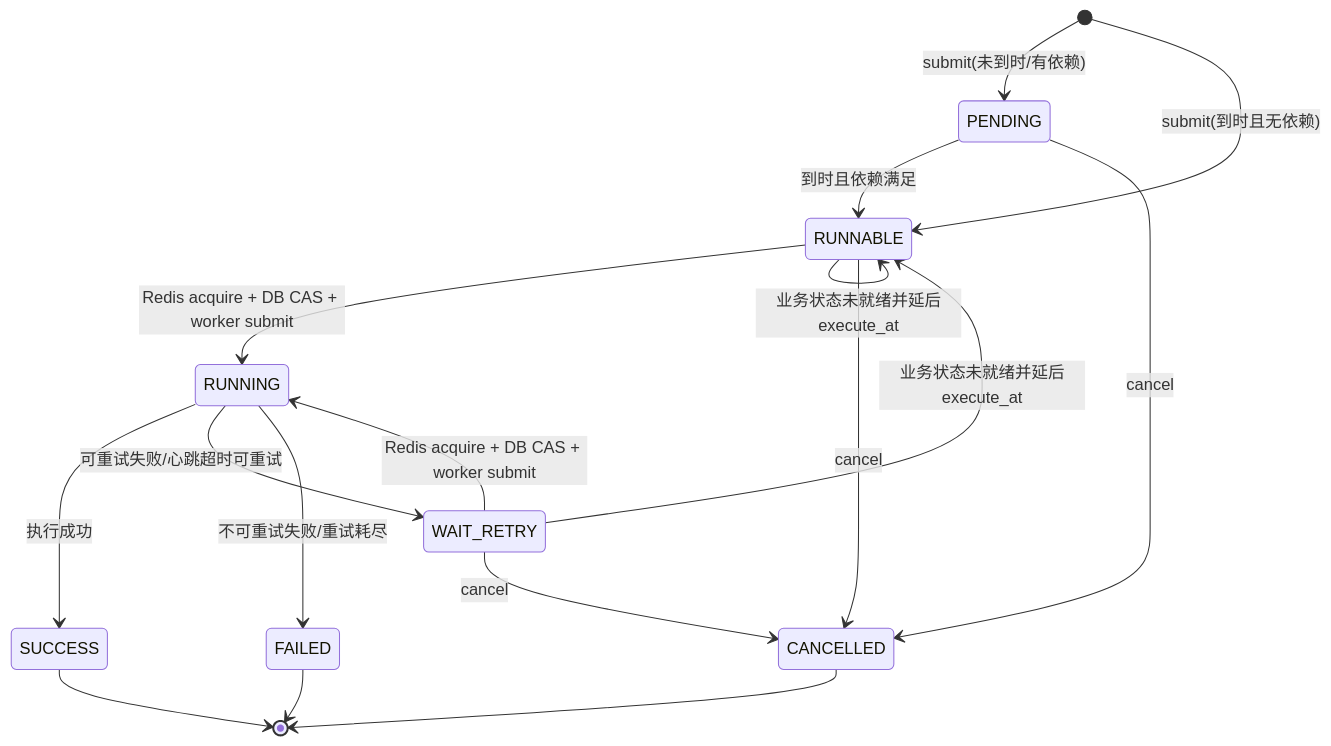
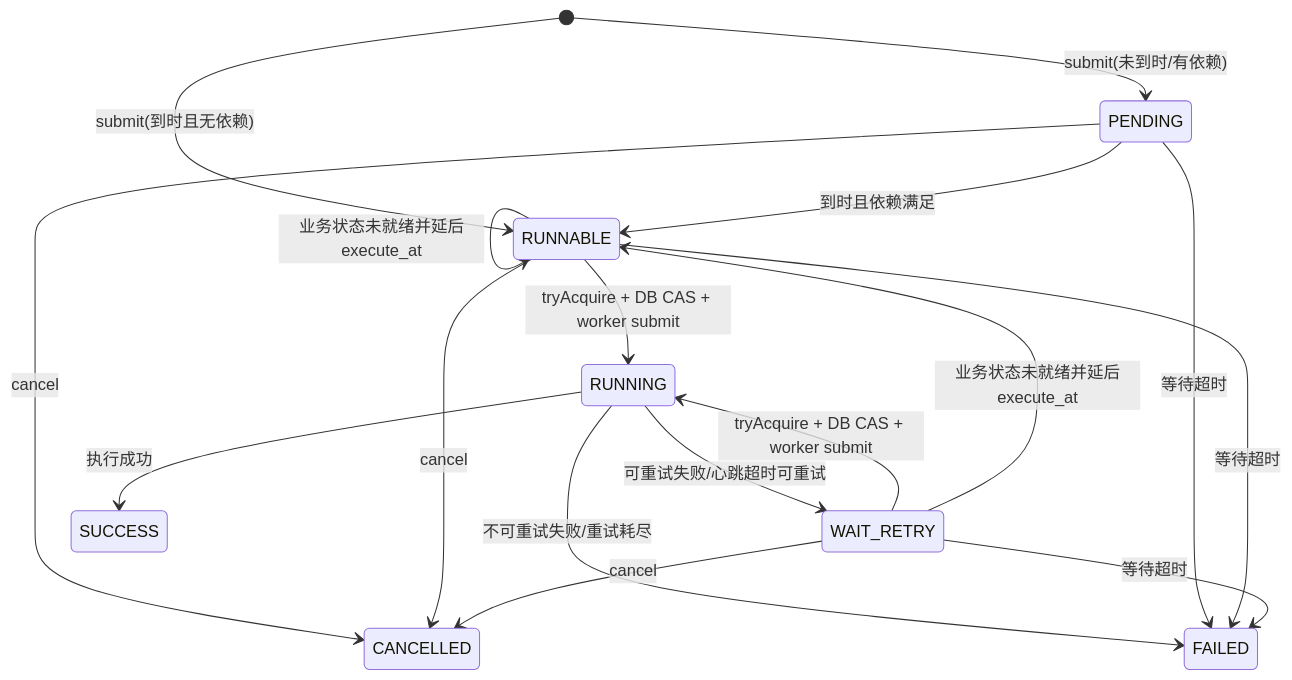
Before and after one commit to shuaidongshuai/user-task-scheduler: the second of 2 diagrams in docs/技术方案设计.md, drawn with Mermaid. The commit also changed other lines of this file and 30 other files, not shown here.

````diff
--- a/docs/技术方案设计.md
+++ b/docs/技术方案设计.md
@@ -142,19 +152,19 @@
 ```mermaid
 stateDiagram-v2
     [*] --> PENDING: submit(未到时/有依赖)
     [*] --> RUNNABLE: submit(到时且无依赖)
     PENDING --> RUNNABLE: 到时且依赖满足
-    RUNNABLE --> RUNNING: Redis acquire + DB CAS + worker submit
-    WAIT_RETRY --> RUNNING: Redis acquire + DB CAS + worker submit
+    RUNNABLE --> RUNNING: tryAcquire + DB CAS + worker submit
+    WAIT_RETRY --> RUNNING: tryAcquire + DB CAS + worker submit
     RUNNING --> SUCCESS: 执行成功
     RUNNING --> WAIT_RETRY: 可重试失败/心跳超时可重试
     RUNNING --> FAILED: 不可重试失败/重试耗尽
     RUNNABLE --> RUNNABLE: 业务状态未就绪并延后execute_at
     WAIT_RETRY --> RUNNABLE: 业务状态未就绪并延后execute_at
+    PENDING --> FAILED: 等待超时
+    RUNNABLE --> FAILED: 等待超时
+    WAIT_RETRY --> FAILED: 等待超时
     PENDING --> CANCELLED: cancel
     RUNNABLE --> CANCELLED: cancel
     WAIT_RETRY --> CANCELLED: cancel
-    SUCCESS --> [*]
-    FAILED --> [*]
-    CANCELLED --> [*]
 ```
````
